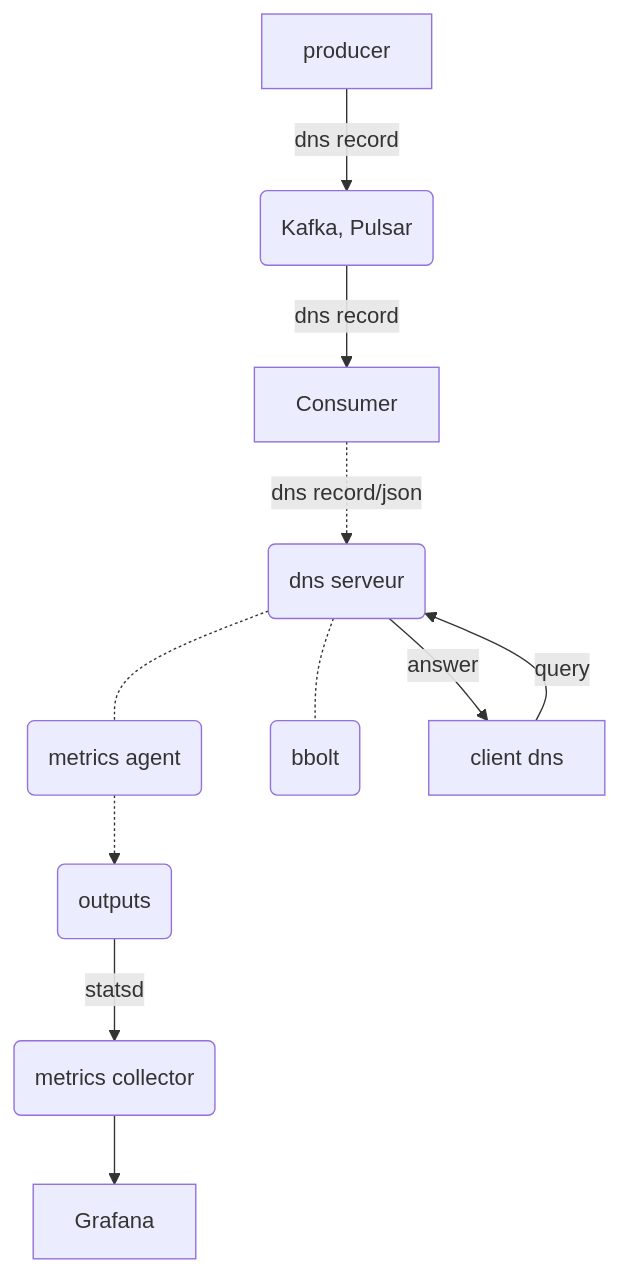
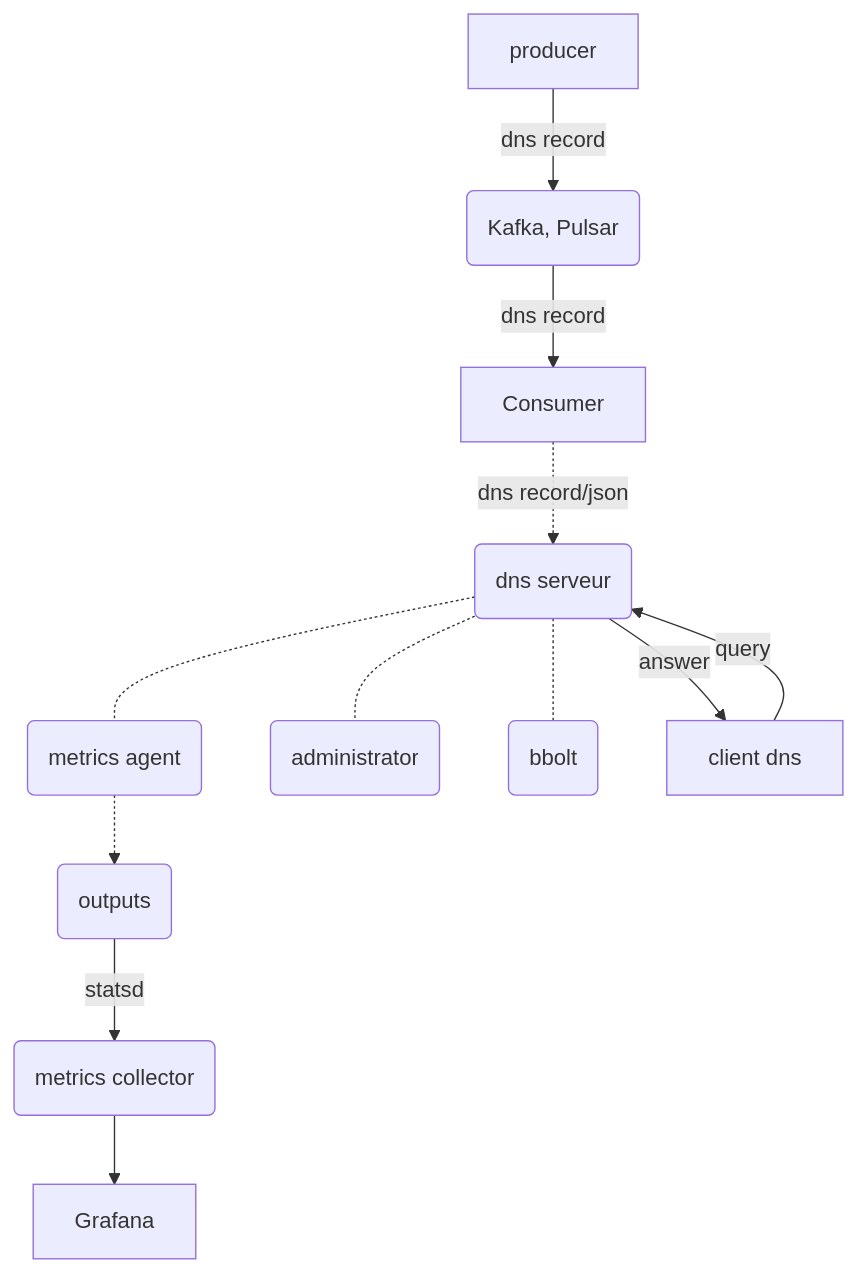
The diagram in README.md (CleverCloud/stream-dns), drawn with Mermaid before and after one commit. The commit also changed other lines of this file, not shown here.

Commit message:
Add a section to describe the administrator HTTP in README

````diff
--- a/README.md
+++ b/README.md
@@ -17,13 +17,14 @@
 ``` mermaid
 graph TD
 producer -->|dns record| Kafka
 Kafka(Kafka, Pulsar) -->|dns record| Consumer
 Consumer -.->|dns record/json| D
 D(dns serveur) -.- A
+D(dns serveur) -.- T(administrator)
 D -.- B(bbolt)
 C[client dns] -- query --> D
 D(dns serveur) -- answer --> C
 A(metrics agent) -.-> O(outputs)
 O -->|statsd| M(metrics collector)
 M --> Grafana
 ```
````
